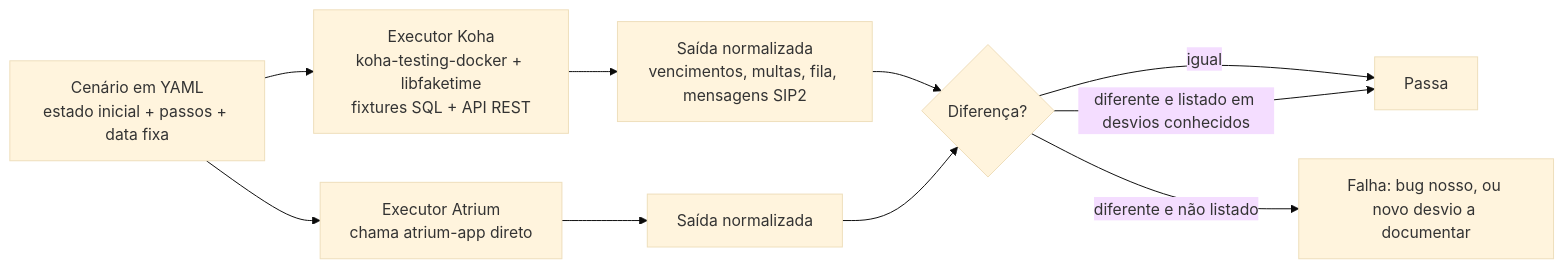
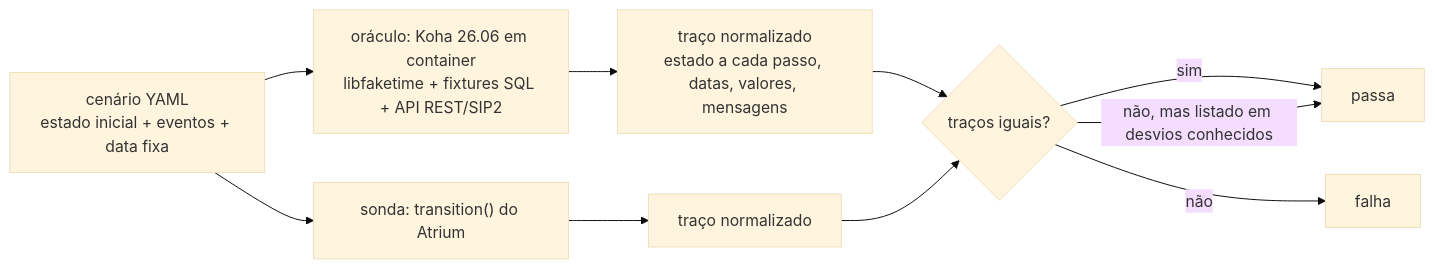
Before and after one commit to PauloFBaldiFH/Atrium: the third of 4 diagrams in docs/arquitetura/03-estrategia-reconstrucao.md, drawn with Mermaid (base theme). The commit also changed other lines of this file and 1 other file, not shown here.

````diff
--- a/docs/arquitetura/03-estrategia-reconstrucao.md
+++ b/docs/arquitetura/03-estrategia-reconstrucao.md
@@ -294,12 +259,12 @@
 ```mermaid
 flowchart LR
-    SC["Cenário em YAML<br/>estado inicial + passos + data fixa"] --> KX["Executor Koha<br/>koha-testing-docker + libfaketime<br/>fixtures SQL + API REST"]
-    SC --> AX["Executor Atrium<br/>chama atrium-app direto"]
-    KX --> NK["Saída normalizada<br/>vencimentos, multas, fila, mensagens SIP2"]
-    AX --> NA["Saída normalizada"]
-    NK --> D{"Diferença?"}
+    SC["cenário YAML<br/>estado inicial + eventos + data fixa"] --> KO["oráculo: Koha 26.06 em container<br/>libfaketime + fixtures SQL + API REST/SIP2"]
+    SC --> AT["sonda: transition() do Atrium"]
+    KO --> NK["traço normalizado<br/>estado a cada passo, datas, valores, mensagens"]
+    AT --> NA["traço normalizado"]
+    NK --> D{"traços iguais?"}
     NA --> D
-    D -- "igual" --> OK["Passa"]
-    D -- "diferente e listado em desvios conhecidos" --> OK
-    D -- "diferente e não listado" --> BUG["Falha: bug nosso, ou novo desvio a documentar"]
+    D -- sim --> OK["passa"]
+    D -- "não, mas listado em desvios conhecidos" --> OK
+    D -- não --> BUG["falha"]
 ```
````
